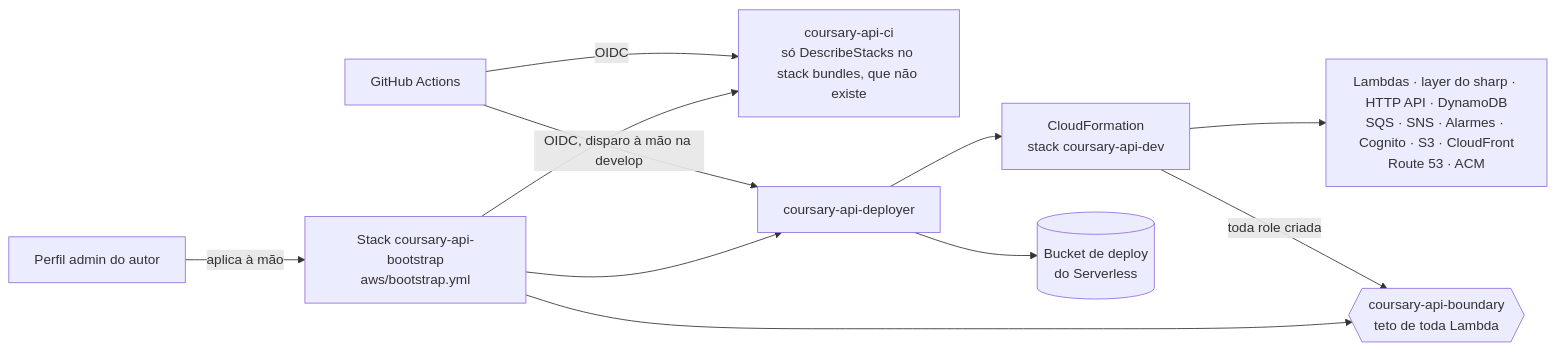
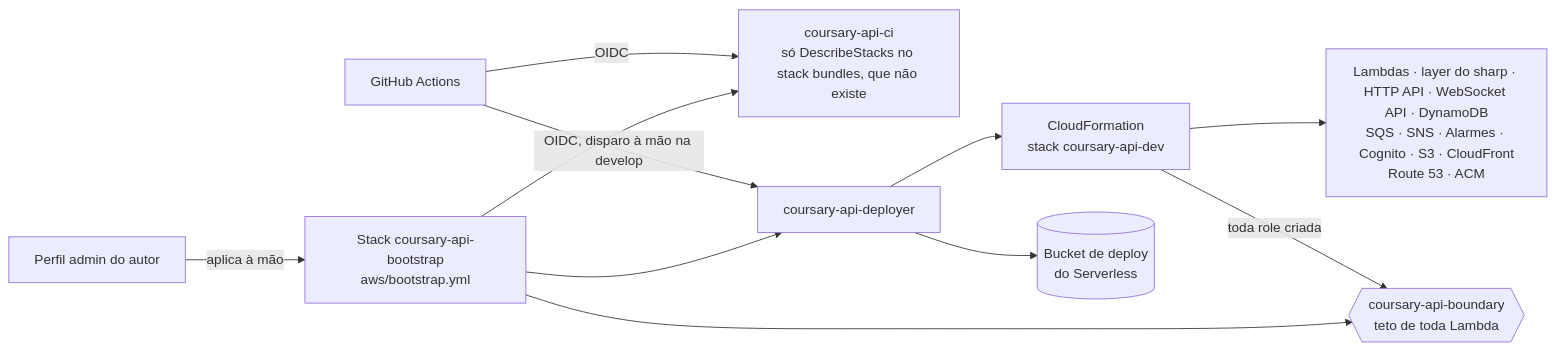
Before and after one commit to joaosoarees/coursary-api: the third of 3 diagrams in docs/system-design.md, drawn with Mermaid. The commit also changed other lines of this file, not shown here.

Commit message:
docs(system-design): add the websocket api and the realtime queue

````diff
--- a/docs/system-design.md
+++ b/docs/system-design.md
@@ -215,11 +231,11 @@
 ```mermaid
 flowchart LR
   gh[GitHub Actions] -->|OIDC| ci[coursary-api-ci<br/>só DescribeStacks no stack bundles, que não existe]
   gh -->|OIDC, disparo à mão na develop| dep[coursary-api-deployer]
   dep --> cfn[CloudFormation<br/>stack coursary-api-dev]
   dep --> bucket[(Bucket de deploy<br/>do Serverless)]
-  cfn --> res[Lambdas · layer do sharp · HTTP API · DynamoDB<br/>SQS · SNS · Alarmes · Cognito · S3 · CloudFront<br/>Route 53 · ACM]
+  cfn --> res[Lambdas · layer do sharp · HTTP API · WebSocket API · DynamoDB<br/>SQS · SNS · Alarmes · Cognito · S3 · CloudFront<br/>Route 53 · ACM]
   cfn -->|toda role criada| boundary{{coursary-api-boundary<br/>teto de toda Lambda}}
   admin[Perfil admin do autor] -->|aplica à mão| boot[Stack coursary-api-bootstrap<br/>aws/bootstrap.yml]
   boot --> ci & dep & boundary
 ```
````
